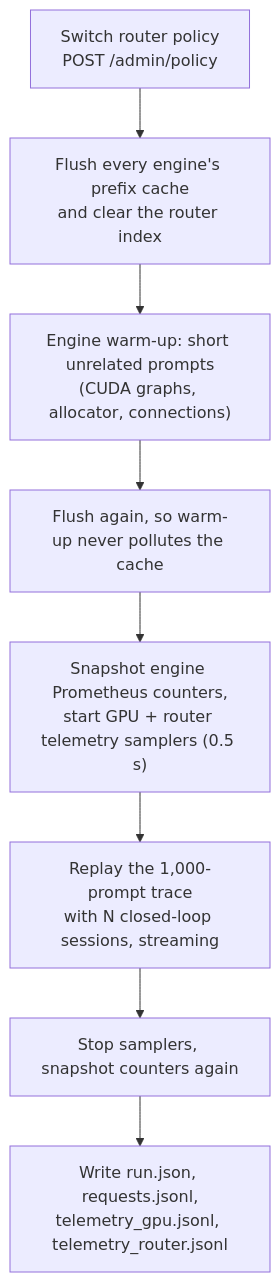
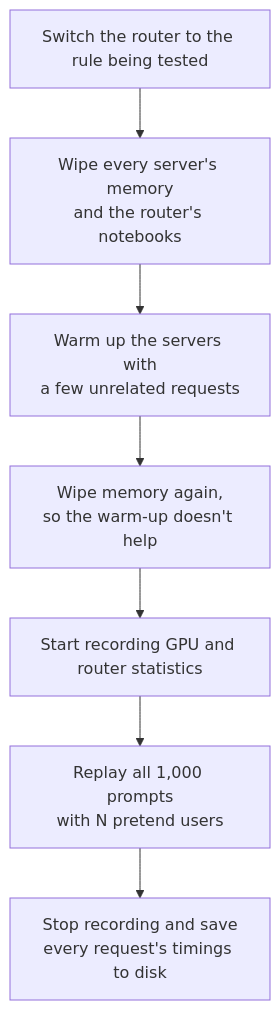
One commit to Swapnil99007/disaggregated-serving-kv-cache-benchmarking changed the eighth of 9 diagrams in docs/PROJECT_EXPLAINED.md. Above: the diagram before and after it, drawn with Mermaid. The commit also changed other lines of this file, not shown here.

First line of the commit message:
docs: rewrite Level 3 of the explainer around one example request

````diff
--- a/docs/PROJECT_EXPLAINED.md
+++ b/docs/PROJECT_EXPLAINED.md
@@ -472,10 +567,9 @@
 ```mermaid
 flowchart TD
-    A["Switch router policy<br/>POST /admin/policy"] --> B["Flush every engine's prefix cache<br/>and clear the router index"]
-    B --> C["Engine warm-up: short unrelated prompts<br/>(CUDA graphs, allocator, connections)"]
-    C --> D["Flush again, so warm-up never pollutes the cache"]
-    D --> E["Snapshot engine Prometheus counters,<br/>start GPU + router telemetry samplers (0.5 s)"]
-    E --> F["Replay the 1,000-prompt trace<br/>with N closed-loop sessions, streaming"]
-    F --> G["Stop samplers, snapshot counters again"]
-    G --> H["Write run.json, requests.jsonl,<br/>telemetry_gpu.jsonl, telemetry_router.jsonl"]
+    A["Switch the router to the rule being tested"] --> B["Wipe every server's memory<br/>and the router's notebooks"]
+    B --> C["Warm up the servers with<br/>a few unrelated requests"]
+    C --> D["Wipe memory again,<br/>so the warm-up doesn't help"]
+    D --> E["Start recording GPU and router statistics"]
+    E --> F["Replay all 1,000 prompts<br/>with N pretend users"]
+    F --> G["Stop recording and save<br/>every request's timings to disk"]
 ```
````
